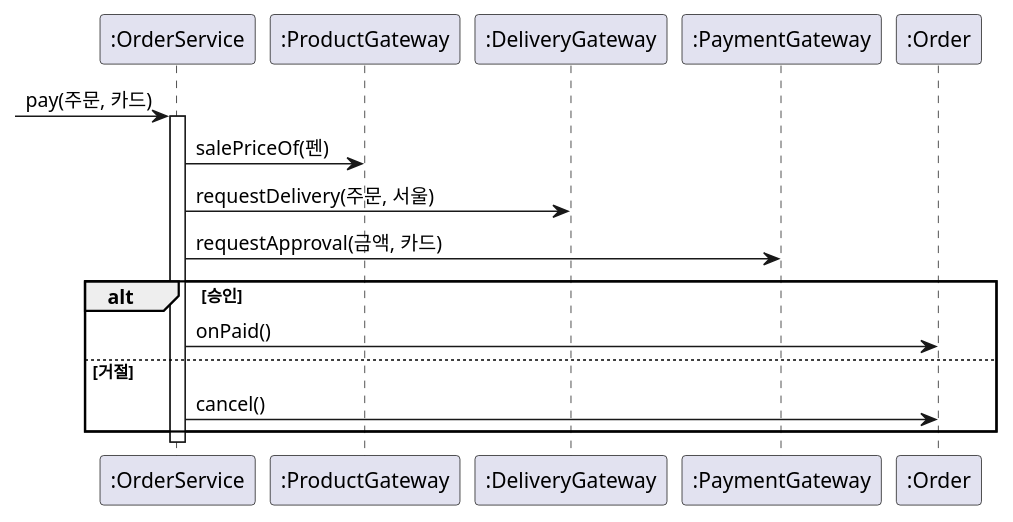
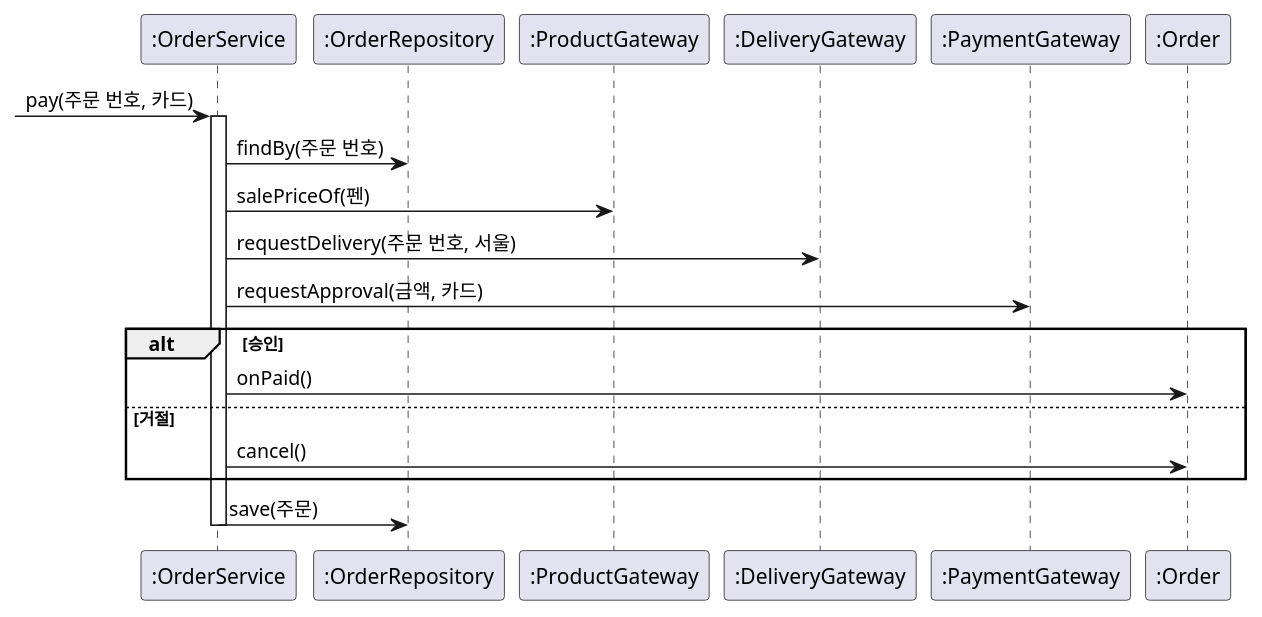
The second of 4 diagrams in courses/ai-native/sessions/s01.md (YoungSan77/TrainingMaterials), drawn with PlantUML before and after one commit. The commit also changed other lines of this file and 52 other files, not shown here.

````diff
--- a/courses/ai-native/sessions/s01.md
+++ b/courses/ai-native/sessions/s01.md
@@ -113,20 +123,23 @@
 ```plantuml:sequence
 @startuml
 participant ":OrderService" as S
+participant ":OrderRepository" as R
 participant ":ProductGateway" as P
 participant ":DeliveryGateway" as D
 participant ":PaymentGateway" as Y
 participant ":Order" as O
-[-> S : pay(주문, 카드)
+[-> S : pay(주문 번호, 카드)
 activate S
+S -> R : findBy(주문 번호)
 S -> P : salePriceOf(펜)
-S -> D : requestDelivery(주문, 서울)
+S -> D : requestDelivery(주문 번호, 서울)
 S -> Y : requestApproval(금액, 카드)
 alt 승인
   S -> O : onPaid()
 else 거절
   S -> O : cancel()
 end
+S -> R : save(주문)
 deactivate S
 @enduml
 ```
````
